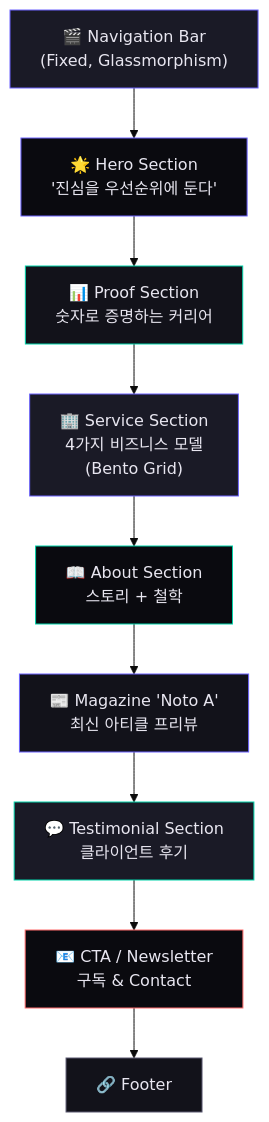
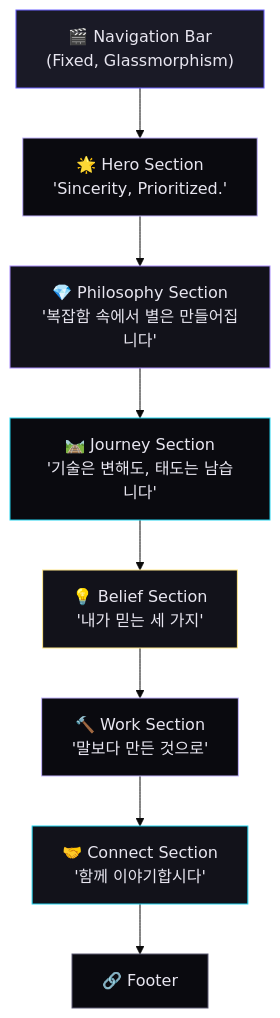
The diagram in docs/PriSincera_MainPagePlan.md (matthewshim/PriSincera), drawn with Mermaid (base theme) before and after one commit. The commit also changed other lines of this file and 1 other file, not shown here.

````diff
--- a/docs/PriSincera_MainPagePlan.md
+++ b/docs/PriSincera_MainPagePlan.md
@@ -105,21 +106,19 @@
 ```mermaid
 graph TD
-    A["🎬 Navigation Bar<br/>(Fixed, Glassmorphism)"] --> B["🌟 Hero Section<br/>'진심을 우선순위에 둔다'"]
-    B --> C["📊 Proof Section<br/>숫자로 증명하는 커리어"]
-    C --> D["🏢 Service Section<br/>4가지 비즈니스 모델<br/>(Bento Grid)"]
-    D --> E["📖 About Section<br/>스토리 + 철학"]
-    E --> F["📰 Magazine 'Noto A'<br/>최신 아티클 프리뷰"]
-    F --> G["💬 Testimonial Section<br/>클라이언트 후기"]
-    G --> H["📧 CTA / Newsletter<br/>구독 & Contact"]
-    H --> I["🔗 Footer"]
+    A["🎬 Navigation Bar<br/>(Fixed, Glassmorphism)"] --> B["🌟 Hero Section<br/>'Sincerity, Prioritized.'"]
+    B --> C["💎 Philosophy Section<br/>'복잡함 속에서 별은 만들어집니다'"]
+    C --> D["🛤️ Journey Section<br/>'기술은 변해도, 태도는 남습니다'"]
+    D --> E["💡 Belief Section<br/>'내가 믿는 세 가지'"]
+    E --> F["🔨 Work Section<br/>'말보다 만든 것으로'"]
+    F --> G["🤝 Connect Section<br/>'함께 이야기합시다'"]
+    G --> H["🔗 Footer"]
 
     style A fill:#1A1A26,stroke:#6C63FF,color:#E8E6F0
-    style B fill:#0A0A0F,stroke:#6C63FF,color:#E8E6F0
-    style C fill:#12121A,stroke:#00D4AA,color:#E8E6F0
-    style D fill:#1A1A26,stroke:#6C63FF,color:#E8E6F0
-    style E fill:#0A0A0F,stroke:#00D4AA,color:#E8E6F0
-    style F fill:#12121A,stroke:#6C63FF,color:#E8E6F0
-    style G fill:#1A1A26,stroke:#00D4AA,color:#E8E6F0
-    style H fill:#0A0A0F,stroke:#FF6B6B,color:#E8E6F0
-    style I fill:#12121A,stroke:#5A5870,color:#E8E6F0
+    style B fill:#0A0A0F,stroke:#C4B5FD,color:#E8E6F0
+    style C fill:#12121A,stroke:#A78BFA,color:#E8E6F0
+    style D fill:#0A0A0F,stroke:#22D3EE,color:#E8E6F0
+    style E fill:#12121A,stroke:#FDE68A,color:#E8E6F0
+    style F fill:#0A0A0F,stroke:#C4B5FD,color:#E8E6F0
+    style G fill:#12121A,stroke:#22D3EE,color:#E8E6F0
+    style H fill:#0A0A0F,stroke:#5A5870,color:#E8E6F0
 ```
````
